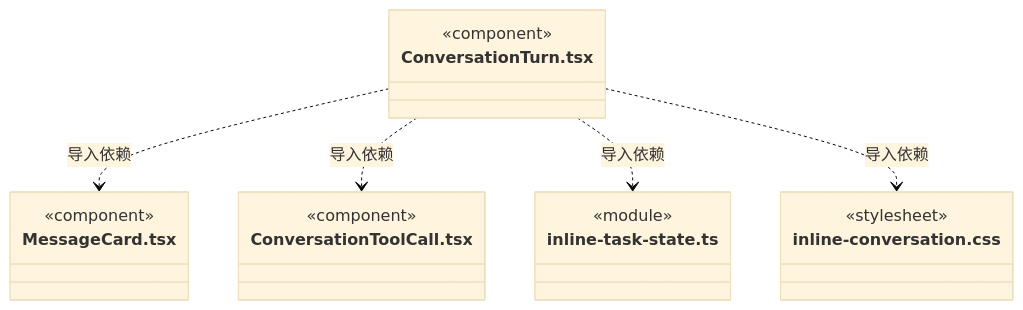
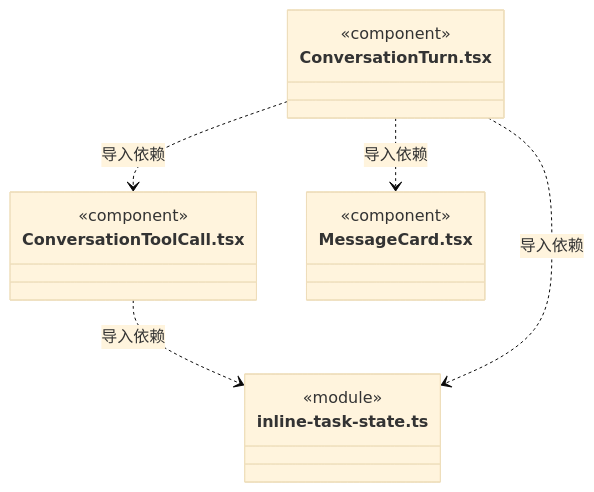
Before and after one commit to nan023062/cbim: diagram 37 of 41 in src/frontend/conversation/ARCHITECTURE.md, drawn with Mermaid (base theme). The commit also changed other lines of this file and 21 other files, not shown here.

````diff
--- a/src/frontend/conversation/ARCHITECTURE.md
+++ b/src/frontend/conversation/ARCHITECTURE.md
@@ -551,22 +560,19 @@
 ```mermaid
 classDiagram
+class N_src_frontend_conversation_ConversationToolCall_tsx["ConversationToolCall.tsx"] {
+  <<component>>
+}
+class N_src_frontend_conversation_inline_task_state_ts["inline-task-state.ts"] {
+  <<module>>
+}
 class N_src_frontend_conversation_ConversationTurn_tsx["ConversationTurn.tsx"] {
   <<component>>
 }
 class N_src_frontend_conversation_MessageCard_tsx["MessageCard.tsx"] {
   <<component>>
 }
-class N_src_frontend_conversation_ConversationToolCall_tsx["ConversationToolCall.tsx"] {
-  <<component>>
-}
-class N_src_frontend_conversation_inline_task_state_ts["inline-task-state.ts"] {
-  <<module>>
-}
-class N_src_frontend_conversation_inline_conversation_css["inline-conversation.css"] {
-  <<stylesheet>>
-}
+N_src_frontend_conversation_ConversationToolCall_tsx ..> N_src_frontend_conversation_inline_task_state_ts : 导入依赖
 N_src_frontend_conversation_ConversationTurn_tsx ..> N_src_frontend_conversation_MessageCard_tsx : 导入依赖
 N_src_frontend_conversation_ConversationTurn_tsx ..> N_src_frontend_conversation_ConversationToolCall_tsx : 导入依赖
 N_src_frontend_conversation_ConversationTurn_tsx ..> N_src_frontend_conversation_inline_task_state_ts : 导入依赖
-N_src_frontend_conversation_ConversationTurn_tsx ..> N_src_frontend_conversation_inline_conversation_css : 导入依赖
 ```
````
